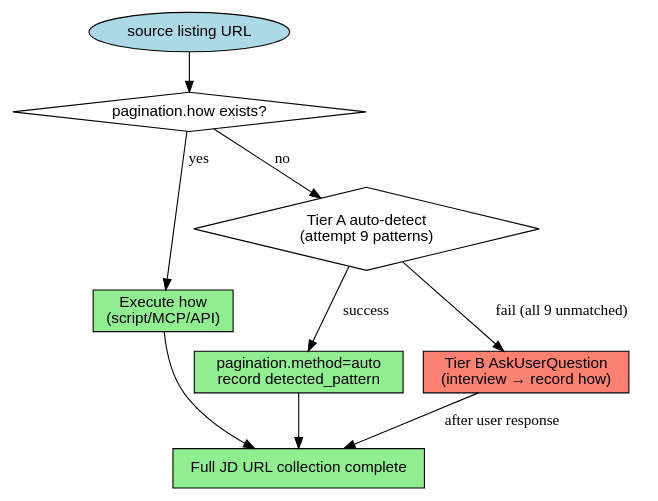
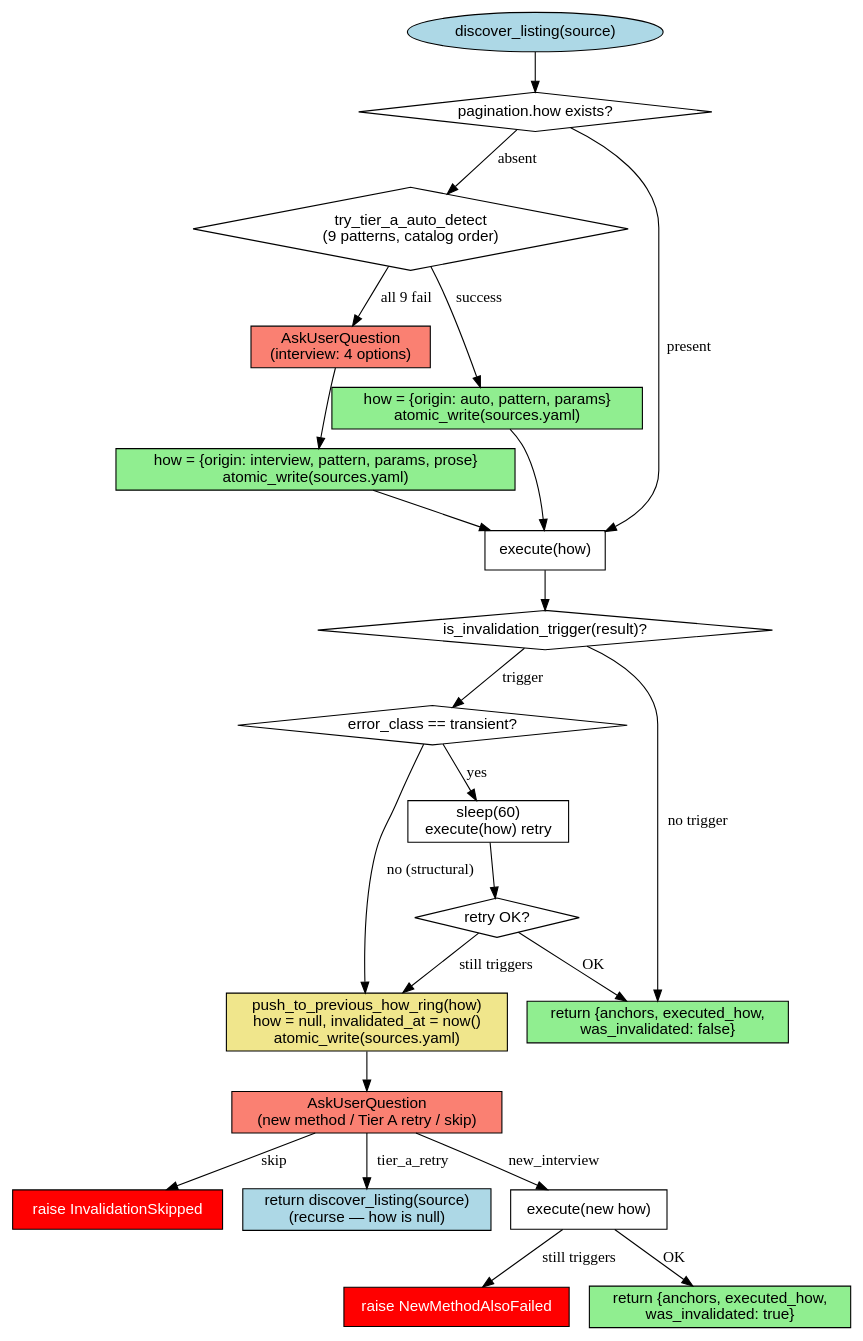
One commit to toongri/oh-my-toong-playground changed the second of 5 diagrams in skills/collect-jd/reference/dedup-and-discovery.md. Above: the diagram before and after it, drawn with Graphviz. The commit also changed other lines of this file and 3 other files, not shown here.

First line of the commit message:
feat: collect-jd pagination single-path 통합 및 γ schema 도입

````diff
--- a/skills/collect-jd/reference/dedup-and-discovery.md
+++ b/skills/collect-jd/reference/dedup-and-discovery.md
@@ -214,23 +347,49 @@
 ```dot
-digraph listing_pagination {
+digraph discover_listing {
   rankdir=TB;
   node [shape=box, fontname="Helvetica"];
 
-  start [label="source listing URL", shape=ellipse, style=filled, fillcolor=lightblue];
+  start [label="discover_listing(source)", shape=ellipse, style=filled, fillcolor=lightblue];
   how_exists [label="pagination.how exists?", shape=diamond];
-  use_how [label="Execute how\n(script/MCP/API)", style=filled, fillcolor=lightgreen];
-  tier_a [label="Tier A auto-detect\n(attempt 9 patterns)", shape=diamond];
-  record_a [label="pagination.method=auto\nrecord detected_pattern", style=filled, fillcolor=lightgreen];
-  tier_b [label="Tier B AskUserQuestion\n(interview → record how)", style=filled, fillcolor=salmon];
-  fetch_all [label="Full JD URL collection complete", style=filled, fillcolor=lightgreen];
+  tier_a [label="try_tier_a_auto_detect\n(9 patterns, catalog order)", shape=diamond];
+  record_auto [label="how = {origin: auto, pattern, params}\natomic_write(sources.yaml)", style=filled, fillcolor=lightgreen];
+  ask_user [label="AskUserQuestion\n(interview: 4 options)", style=filled, fillcolor=salmon];
+  record_interview [label="how = {origin: interview, pattern, params, prose}\natomic_write(sources.yaml)", style=filled, fillcolor=lightgreen];
+  execute_how [label="execute(how)"];
+  invalidation [label="is_invalidation_trigger(result)?", shape=diamond];
+  transient [label="error_class == transient?", shape=diamond];
+  retry [label="sleep(60)\nexecute(how) retry"];
+  retry_ok [label="retry OK?", shape=diamond];
+  push_ring [label="push_to_previous_how_ring(how)\nhow = null, invalidated_at = now()\natomic_write(sources.yaml)", style=filled, fillcolor=khaki];
+  ask_choice [label="AskUserQuestion\n(new method / Tier A retry / skip)", style=filled, fillcolor=salmon];
+  skip_raise [label="raise InvalidationSkipped", style=filled, fillcolor=red, fontcolor=white];
+  tier_a_retry [label="return discover_listing(source)\n(recurse — how is null)", style=filled, fillcolor=lightblue];
+  new_interview_exec [label="execute(new how)"];
+  new_fail [label="raise NewMethodAlsoFailed", style=filled, fillcolor=red, fontcolor=white];
+  success_invalidated [label="return {anchors, executed_how,\nwas_invalidated: true}", style=filled, fillcolor=lightgreen];
+  success_clean [label="return {anchors, executed_how,\nwas_invalidated: false}", style=filled, fillcolor=lightgreen];
 
   start -> how_exists;
-  how_exists -> use_how [label="yes"];
-  how_exists -> tier_a [label="no"];
-  tier_a -> record_a [label="success"];
-  tier_a -> tier_b [label="fail (all 9 unmatched)"];
-  tier_b -> fetch_all [label="after user response"];
-  record_a -> fetch_all;
-  use_how -> fetch_all;
+  how_exists -> tier_a [label="absent"];
+  how_exists -> execute_how [label="present"];
+  tier_a -> record_auto [label="success"];
+  tier_a -> ask_user [label="all 9 fail"];
+  ask_user -> record_interview;
+  record_auto -> execute_how;
+  record_interview -> execute_how;
+  execute_how -> invalidation;
+  invalidation -> success_clean [label="no trigger"];
+  invalidation -> transient [label="trigger"];
+  transient -> retry [label="yes"];
+  retry -> retry_ok;
+  retry_ok -> success_clean [label="OK"];
+  retry_ok -> push_ring [label="still triggers"];
+  transient -> push_ring [label="no (structural)"];
+  push_ring -> ask_choice;
+  ask_choice -> skip_raise [label="skip"];
+  ask_choice -> tier_a_retry [label="tier_a_retry"];
+  ask_choice -> new_interview_exec [label="new_interview"];
+  new_interview_exec -> new_fail [label="still triggers"];
+  new_interview_exec -> success_invalidated [label="OK"];
 }
 ```
````
